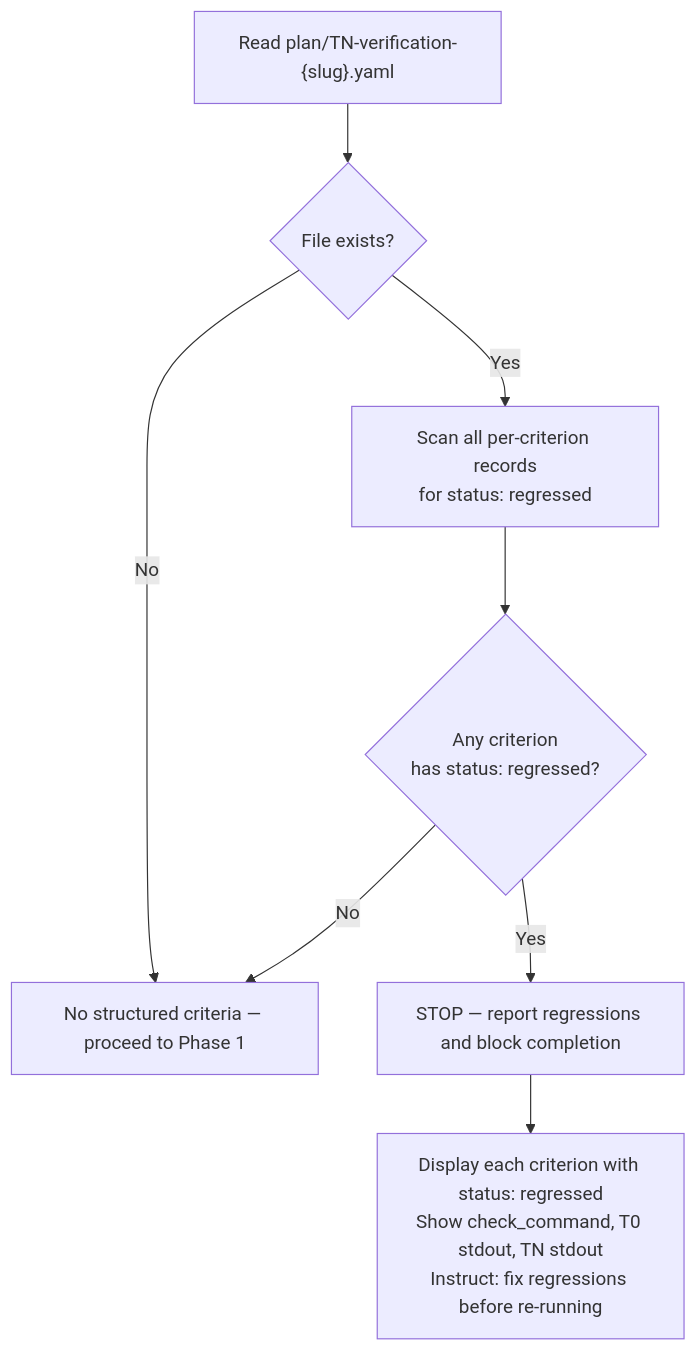
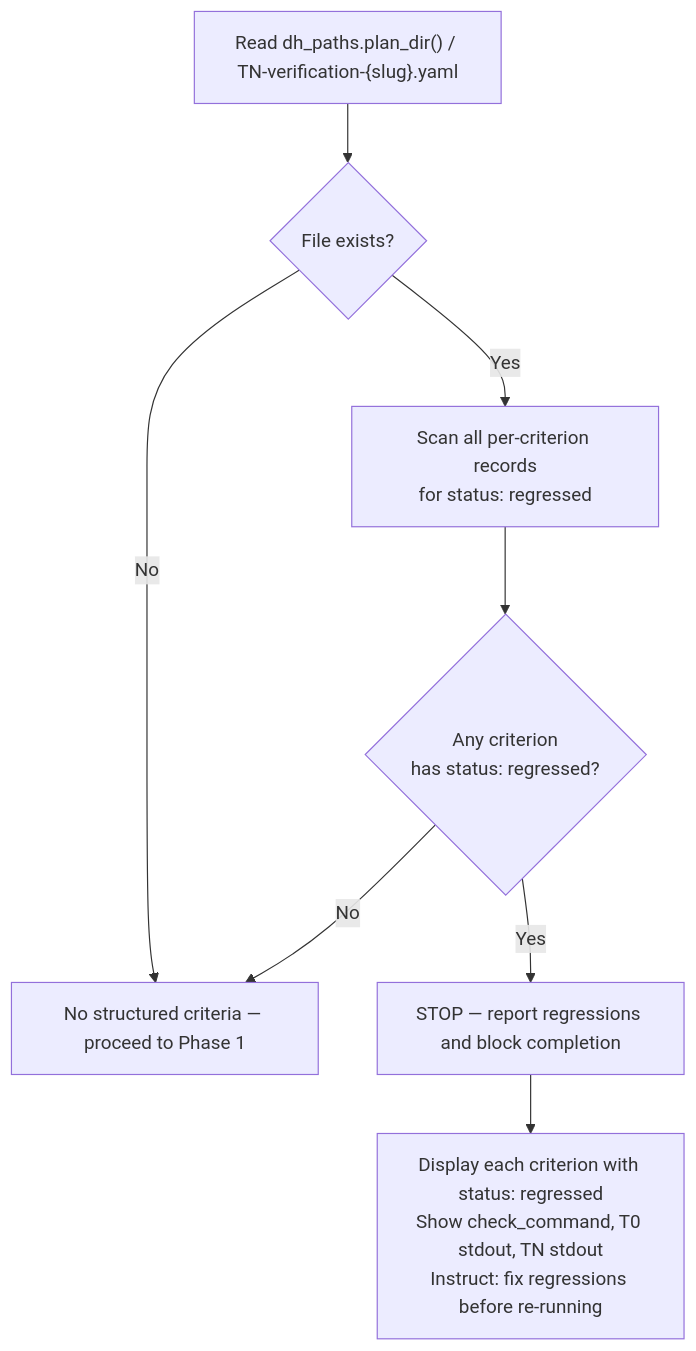
The first of 5 diagrams in plugins/development-harness/skills/complete-implementation/SKILL.md (chgreer1070/claude_skills), drawn with Mermaid before and after one commit. The commit also changed other lines of this file and 42 other files, not shown here.

````diff
--- a/plugins/development-harness/skills/complete-implementation/SKILL.md
+++ b/plugins/development-harness/skills/complete-implementation/SKILL.md
@@ -43,10 +48,10 @@
 ```mermaid
 flowchart TD
-    Read["Read plan/TN-verification-{slug}.yaml"] --> Exists{File exists?}
+    Read["Read dh_paths.plan_dir() / TN-verification-{slug}.yaml"] --> Exists{File exists?}
     Exists -->|No| Proceed["No structured criteria — proceed to Phase 1"]
     Exists -->|Yes| Scan["Scan all per-criterion records<br>for status: regressed"]
     Scan --> AnyRegressed{Any criterion<br>has status: regressed?}
     AnyRegressed -->|No| Proceed
     AnyRegressed -->|Yes| Stop["STOP — report regressions and block completion"]
     Stop --> Report["Display each criterion with status: regressed<br>Show check_command, T0 stdout, TN stdout<br>Instruct: fix regressions before re-running"]
 ```
````
